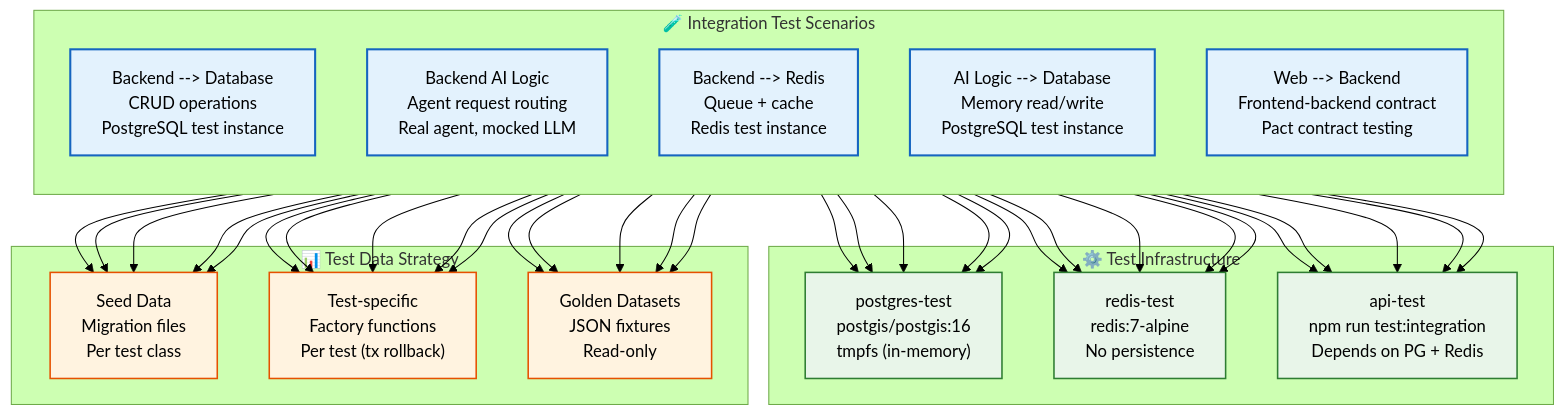
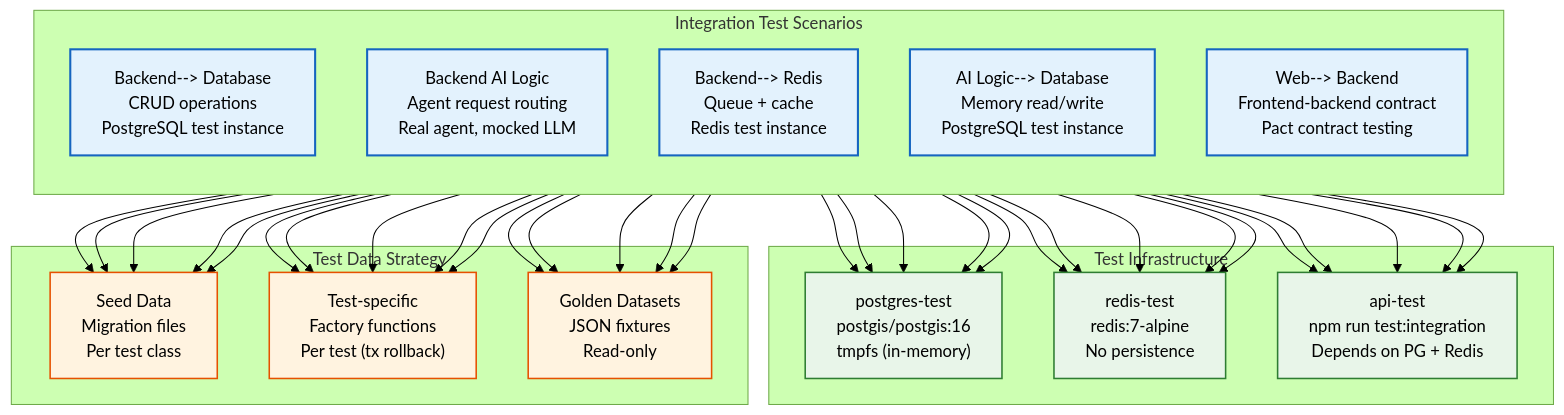
One commit to Driftloom/Vaeloom changed the first of 2 diagrams in docs/testing/Integration-Testing.md. Above: the diagram before and after it, drawn with Mermaid (forest theme). The commit also changed other lines of this file and 694 other files, not shown here.

First line of the commit message:
docs: mermaid standardization — encoding/mermaid/duplicate cleanup

````diff
--- a/docs/testing/Integration-Testing.md
+++ b/docs/testing/Integration-Testing.md
@@ -8,34 +8,34 @@
 ```mermaid
 graph TD
-    classDef test fill:#e3f2fd,stroke:#1565c0,color:#000,stroke-width:2px
-    classDef infra fill:#e8f5e9,stroke:#2e7d32,color:#000,stroke-width:1.5px
-    classDef data fill:#fff3e0,stroke:#e65100,color:#000,stroke-width:1.5px
+ classDef test fill:#e3f2fd,stroke:#1565c0,color:#000,stroke-width:2px
+ classDef infra fill:#e8f5e9,stroke:#2e7d32,color:#000,stroke-width:1.5px
+ classDef data fill:#fff3e0,stroke:#e65100,color:#000,stroke-width:1.5px
 
-    subgraph Tests["🧪 Integration Test Scenarios"]
-        direction TB
-        T1["Backend --> Database<br/>CRUD operations<br/>PostgreSQL test instance"]
-        T2["Backend AI Logic<br/>Agent request routing<br/>Real agent, mocked LLM"]
-        T3["Backend --> Redis<br/>Queue + cache<br/>Redis test instance"]
-        T4["AI Logic --> Database<br/>Memory read/write<br/>PostgreSQL test instance"]
-        T5["Web --> Backend<br/>Frontend-backend contract<br/>Pact contract testing"]
-    end
+ subgraph Tests["Integration Test Scenarios"]
+ direction TB
+ T1["Backend--> Database<br/>CRUD operations<br/>PostgreSQL test instance"]
+ T2["Backend AI Logic<br/>Agent request routing<br/>Real agent, mocked LLM"]
+ T3["Backend--> Redis<br/>Queue + cache<br/>Redis test instance"]
+ T4["AI Logic--> Database<br/>Memory read/write<br/>PostgreSQL test instance"]
+ T5["Web--> Backend<br/>Frontend-backend contract<br/>Pact contract testing"]
+ end
 
-    subgraph Infra["⚙️ Test Infrastructure"]
-        I1["postgres-test<br/>postgis/postgis:16<br/>tmpfs (in-memory)"]
-        I2["redis-test<br/>redis:7-alpine<br/>No persistence"]
-        I3["api-test<br/>npm run test:integration<br/>Depends on PG + Redis"]
-    end
+ subgraph Infra["Test Infrastructure"]
+ I1["postgres-test<br/>postgis/postgis:16<br/>tmpfs (in-memory)"]
+ I2["redis-test<br/>redis:7-alpine<br/>No persistence"]
+ I3["api-test<br/>npm run test:integration<br/>Depends on PG + Redis"]
+ end
 
-    subgraph Strategy["📊 Test Data Strategy"]
-        D1["Seed Data<br/>Migration files<br/>Per test class"]
-        D2["Test-specific<br/>Factory functions<br/>Per test (tx rollback)"]
-        D3["Golden Datasets<br/>JSON fixtures<br/>Read-only"]
-    end
+ subgraph Strategy["Test Data Strategy"]
+ D1["Seed Data<br/>Migration files<br/>Per test class"]
+ D2["Test-specific<br/>Factory functions<br/>Per test (tx rollback)"]
+ D3["Golden Datasets<br/>JSON fixtures<br/>Read-only"]
+ end
 
-    T1 & T2 & T3 & T4 & T5 --> I1 & I2 & I3
-    T1 & T2 & T3 & T4 & T5 --> D1 & D2 & D3
+ T1 & T2 & T3 & T4 & T5--> I1 & I2 & I3
+ T1 & T2 & T3 & T4 & T5--> D1 & D2 & D3
 
-    class T1,T2,T3,T4,T5 test
-    class I1,I2,I3 infra
-    class D1,D2,D3 data
+ class T1,T2,T3,T4,T5 test
+ class I1,I2,I3 infra
+ class D1,D2,D3 data
 ```
````
